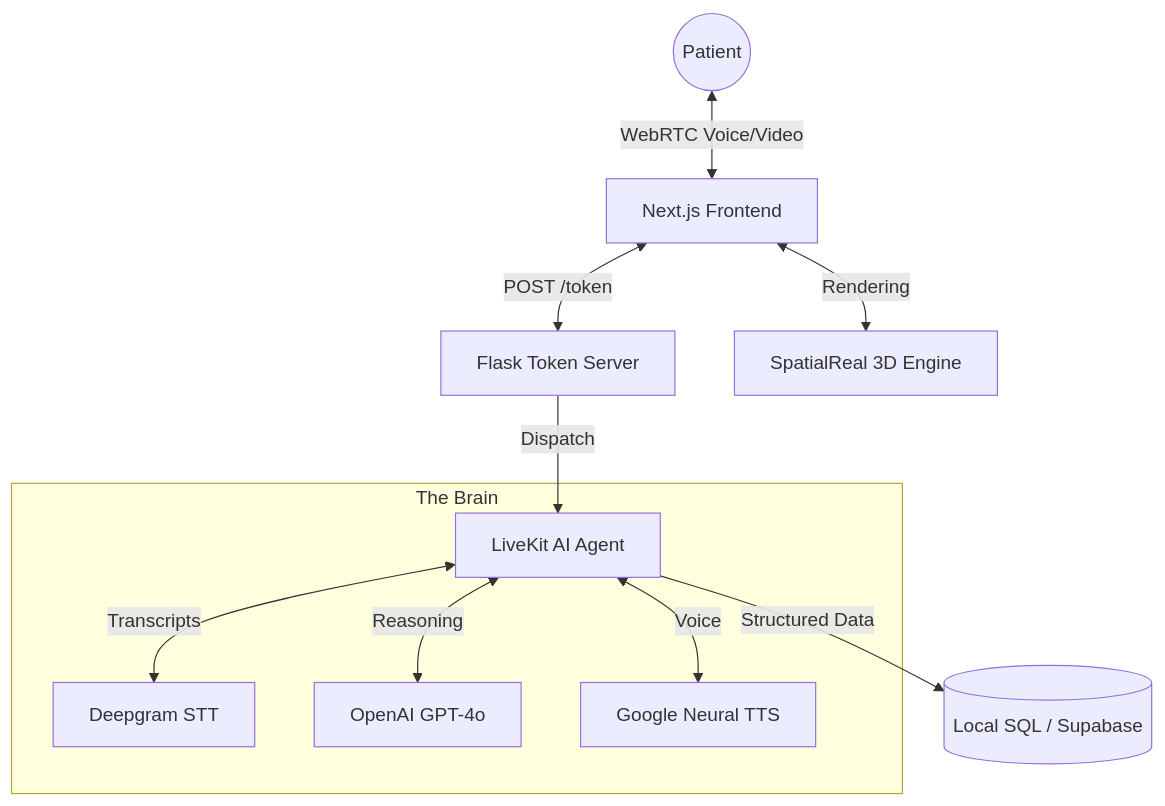
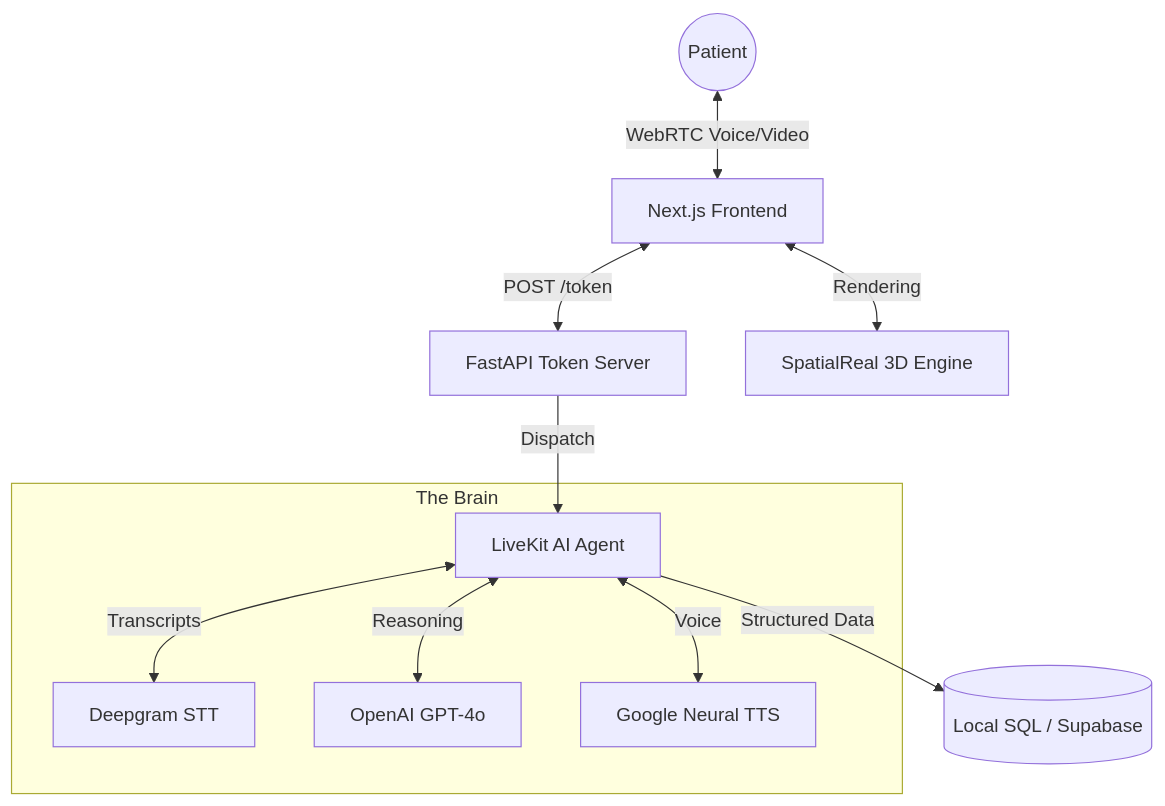
The diagram in README.md (tanishra/aarohi), drawn with Mermaid before and after one commit. The commit also changed other lines of this file and 13 other files, not shown here.

Commit message:
docs(readme): update architecture, setup commands, and new features

````diff
--- a/README.md
+++ b/README.md
@@ -34,15 +34,15 @@
 ```mermaid
 graph TD
     User((Patient)) <-->|WebRTC Voice/Video| Frontend[Next.js Frontend]
-    Frontend <-->|POST /token| TokenServer[Flask Token Server]
+    Frontend <-->|POST /token| TokenServer[FastAPI Token Server]
     TokenServer -->|Dispatch| AgentWorker[LiveKit AI Agent]
     
     subgraph "The Brain"
     AgentWorker <-->|Transcripts| STT[Deepgram STT]
     AgentWorker <-->|Reasoning| LLM[OpenAI GPT-4o]
     AgentWorker <-->|Voice| TTS[Google Neural TTS]
     end
     
     AgentWorker -->|Structured Data| DB[(Local SQL / Supabase)]
     Frontend <-->|Rendering| Avatar[SpatialReal 3D Engine]
 ```
````
